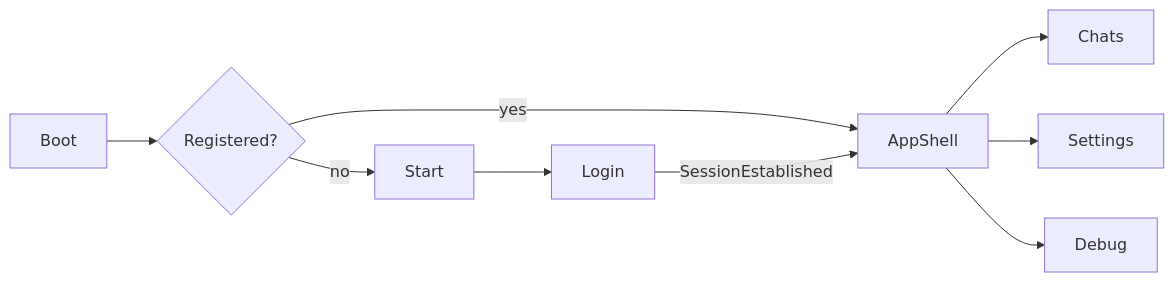
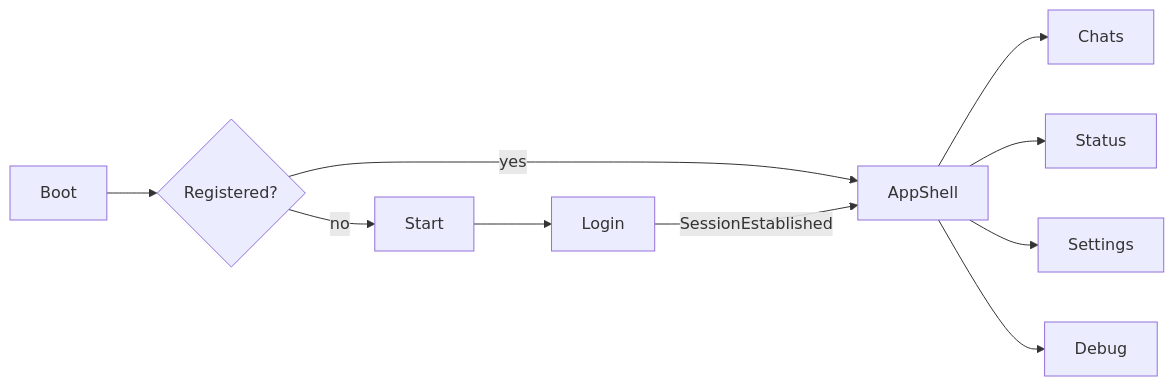
One commit to MaskNinjaSquared/Unison changed the diagram in docs/wiki/UI-and-Shell.md. Above: the diagram before and after it, drawn with Mermaid. The commit also changed other lines of this file and 197 other files, not shown here.

First line of the commit message:
Ship Status, SQLite timeline, and chat-info People/media work after jump-to-bottom.

````diff
--- a/docs/wiki/UI-and-Shell.md
+++ b/docs/wiki/UI-and-Shell.md
@@ -11,11 +11,12 @@
 ```mermaid
 flowchart LR
     Boot[Boot] --> Decision{Registered?}
     Decision -->|yes| Shell[AppShell]
     Decision -->|no| Start[Start]
     Start --> Login[Login]
     Login -->|SessionEstablished| Shell
     Shell --> Chats[Chats]
+    Shell --> Status[Status]
     Shell --> Settings[Settings]
     Shell --> Debug[Debug]
 ```
````
